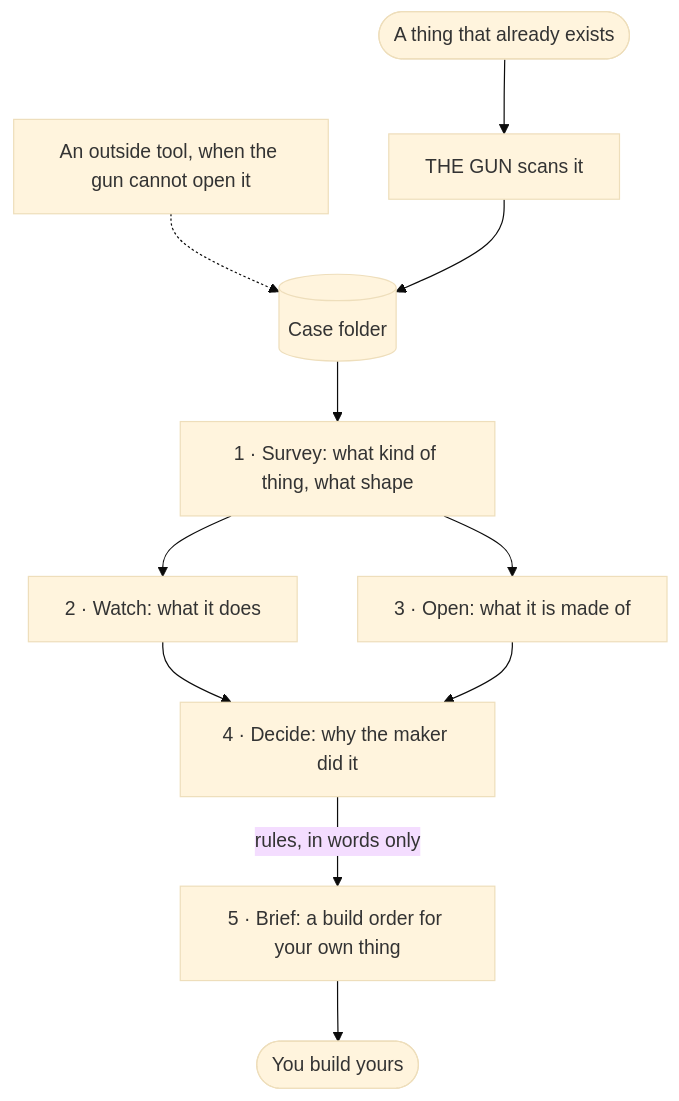
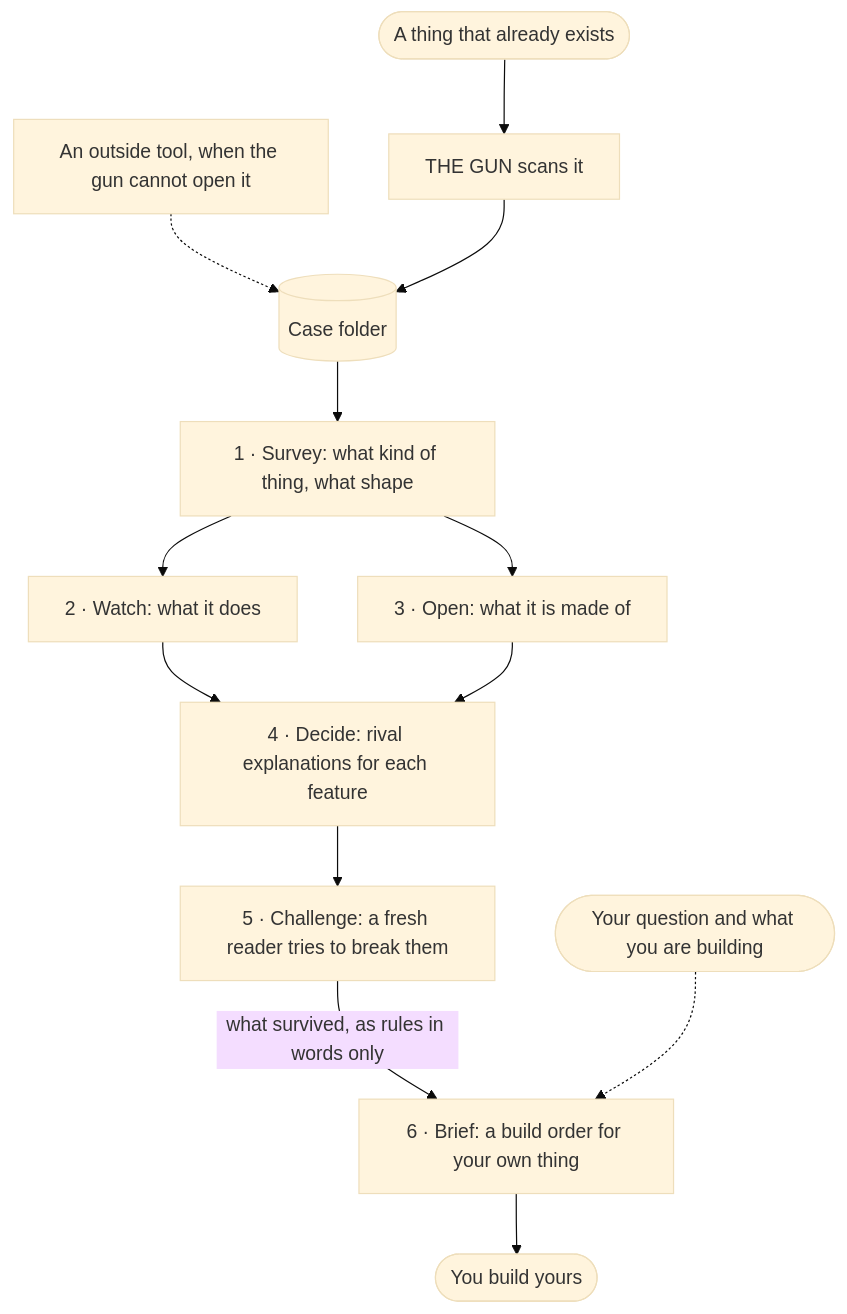
The diagram in README.md (ayakohi/x-ray-gun), drawn with Mermaid (base theme) before and after one commit. The commit also changed other lines of this file and 8 other files, not shown here.

Commit message:
Add honesty guards: frame held until Brief, provisional survey and glossary, rival explanations, Challenge step; update README

````diff
--- a/README.md
+++ b/README.md
@@ -11,13 +11,15 @@
 ```mermaid
 flowchart TD
     T(["A thing that already exists"]) --> G["THE GUN scans it"]
     X["An outside tool, when the gun cannot open it"] -.-> C
     G --> C[("Case folder")]
     C --> S["1 · Survey: what kind of thing, what shape"]
     S --> W["2 · Watch: what it does"]
     S --> O["3 · Open: what it is made of"]
-    W --> D["4 · Decide: why the maker did it"]
+    W --> D["4 · Decide: rival explanations for each feature"]
     O --> D
-    D -- "rules, in words only" --> B["5 · Brief: a build order for your own thing"]
+    D --> H["5 · Challenge: a fresh reader tries to break them"]
+    H -- "what survived, as rules in words only" --> B["6 · Brief: a build order for your own thing"]
+    Q(["Your question and what you are building"]) -.-> B
     B --> Y(["You build yours"])
 ```
````
